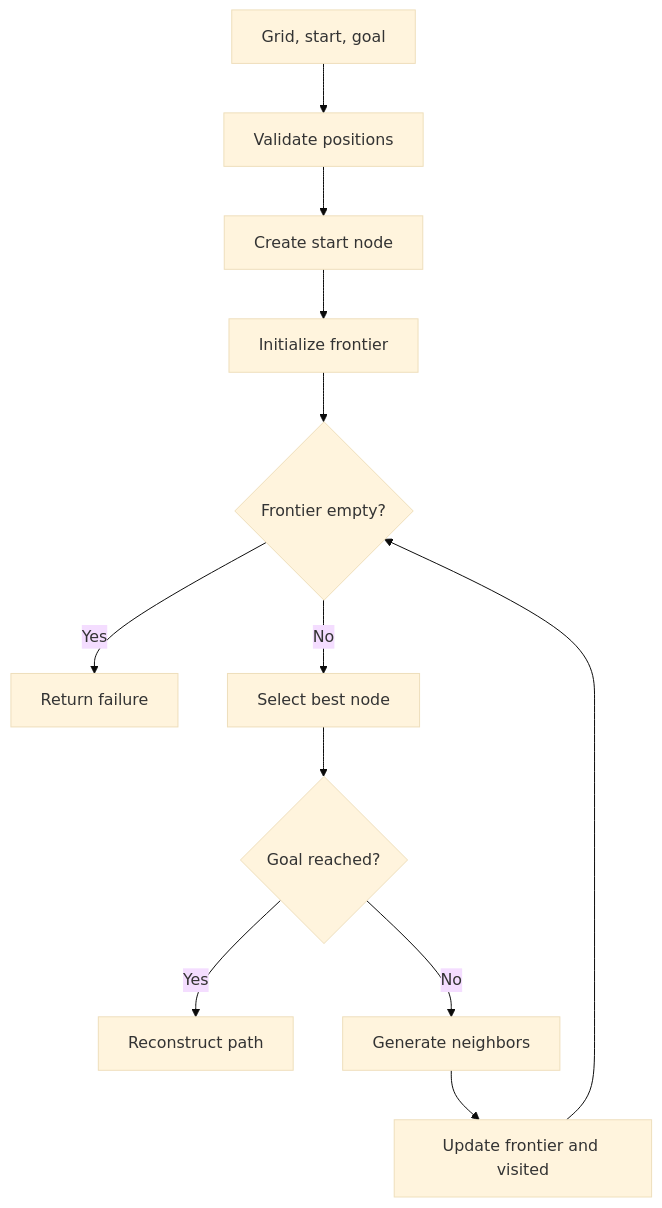
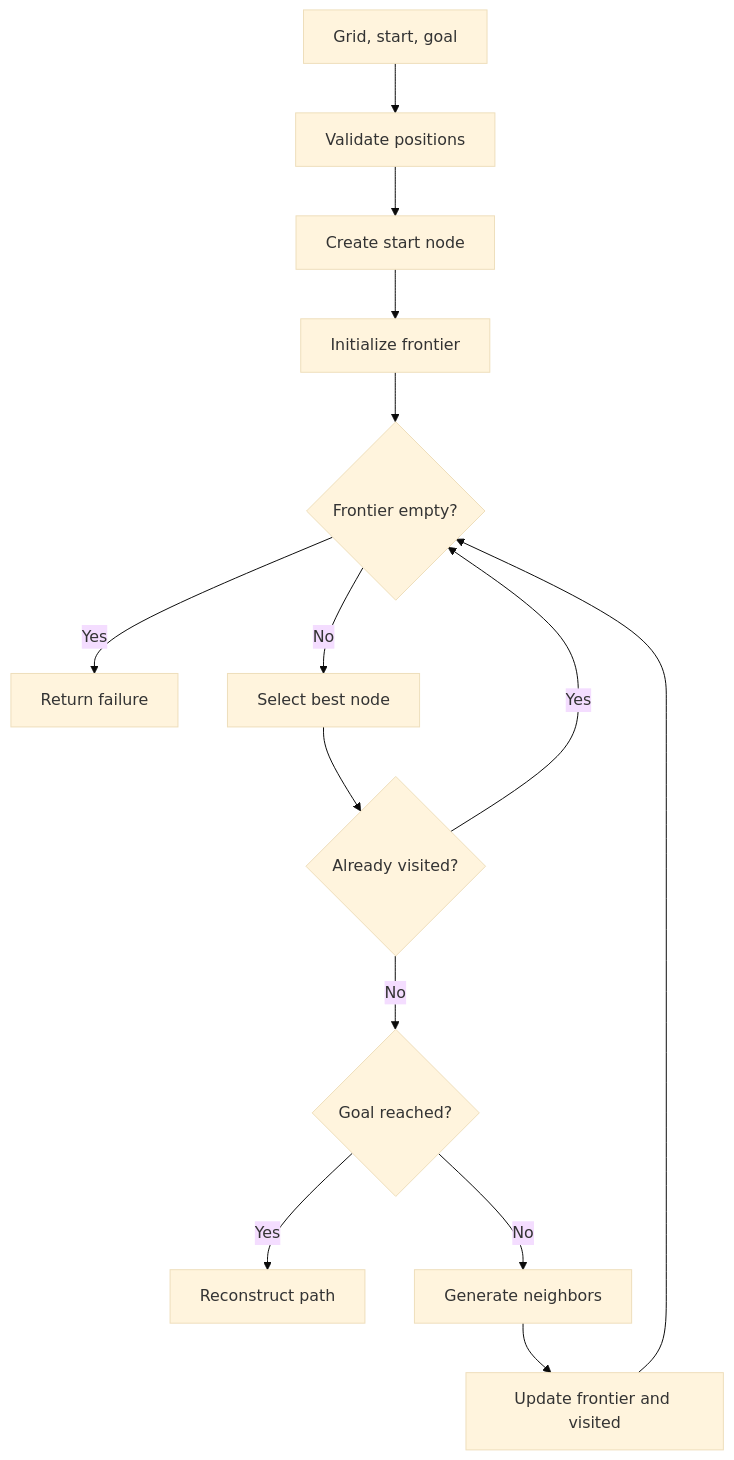
One commit to Berthou05/TC2037-Paradigm changed the first of 4 diagrams in README.md. Above: the diagram before and after it, drawn with Mermaid (base theme). The commit also changed other lines of this file and 21 other files, not shown here.

````diff
--- a/README.md
+++ b/README.md
@@ -289,14 +297,16 @@
 ```mermaid
 flowchart TD
     A["Grid, start, goal"] --> B["Validate positions"]
     B --> C["Create start node"]
     C --> D["Initialize frontier"]
     D --> E{"Frontier empty?"}
     E -->|"Yes"| F["Return failure"]
     E -->|"No"| G["Select best node"]
-    G --> H{"Goal reached?"}
-    H -->|"Yes"| I["Reconstruct path"]
-    H -->|"No"| J["Generate neighbors"]
-    J --> K["Update frontier and visited"]
-    K --> E
+    G --> H{"Already visited?"}
+    H -->|"Yes"| E
+    H -->|"No"| I{"Goal reached?"}
+    I -->|"Yes"| J["Reconstruct path"]
+    I -->|"No"| K["Generate neighbors"]
+    K --> L["Update frontier and visited"]
+    L --> E
 ```
````
